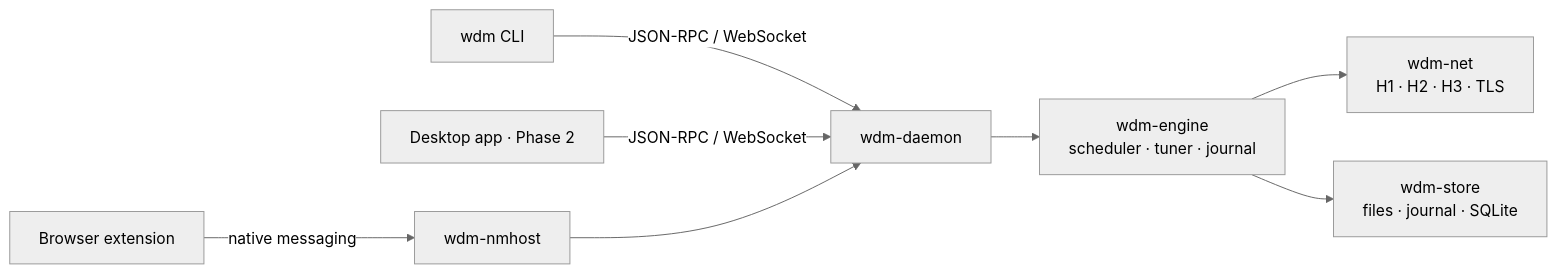
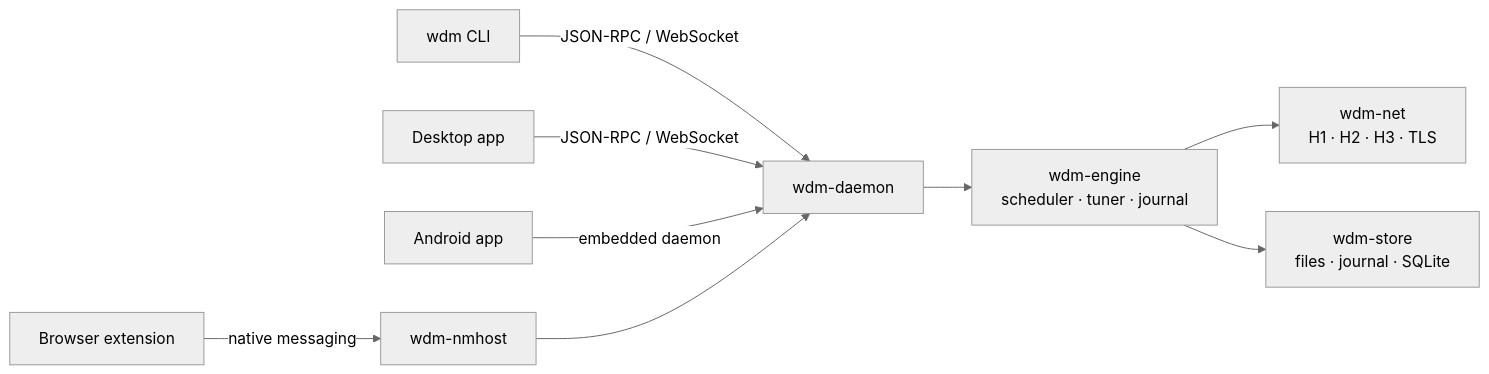
The diagram in README.md (coderzonebd/whoosh-download-manager), drawn with Mermaid (neutral theme) before and after one commit. The commit also changed other lines of this file, not shown here.

Commit message:
README: public beta status, website download, apps and video features, roadmap

````diff
--- a/README.md
+++ b/README.md
@@ -104,10 +122,11 @@
 ```mermaid
 flowchart LR
   ext[Browser extension] -- native messaging --> nm[wdm-nmhost]
   cli[wdm CLI] -- JSON-RPC / WebSocket --> d
-  ui[Desktop app · Phase 2] -- JSON-RPC / WebSocket --> d
+  ui[Desktop app] -- JSON-RPC / WebSocket --> d
+  m[Android app] -- embedded daemon --> d
   nm --> d[wdm-daemon]
   d --> e[wdm-engine<br/>scheduler · tuner · journal]
   e --> n[wdm-net<br/>H1 · H2 · H3 · TLS]
   e --> s[wdm-store<br/>files · journal · SQLite]
 ```
````
